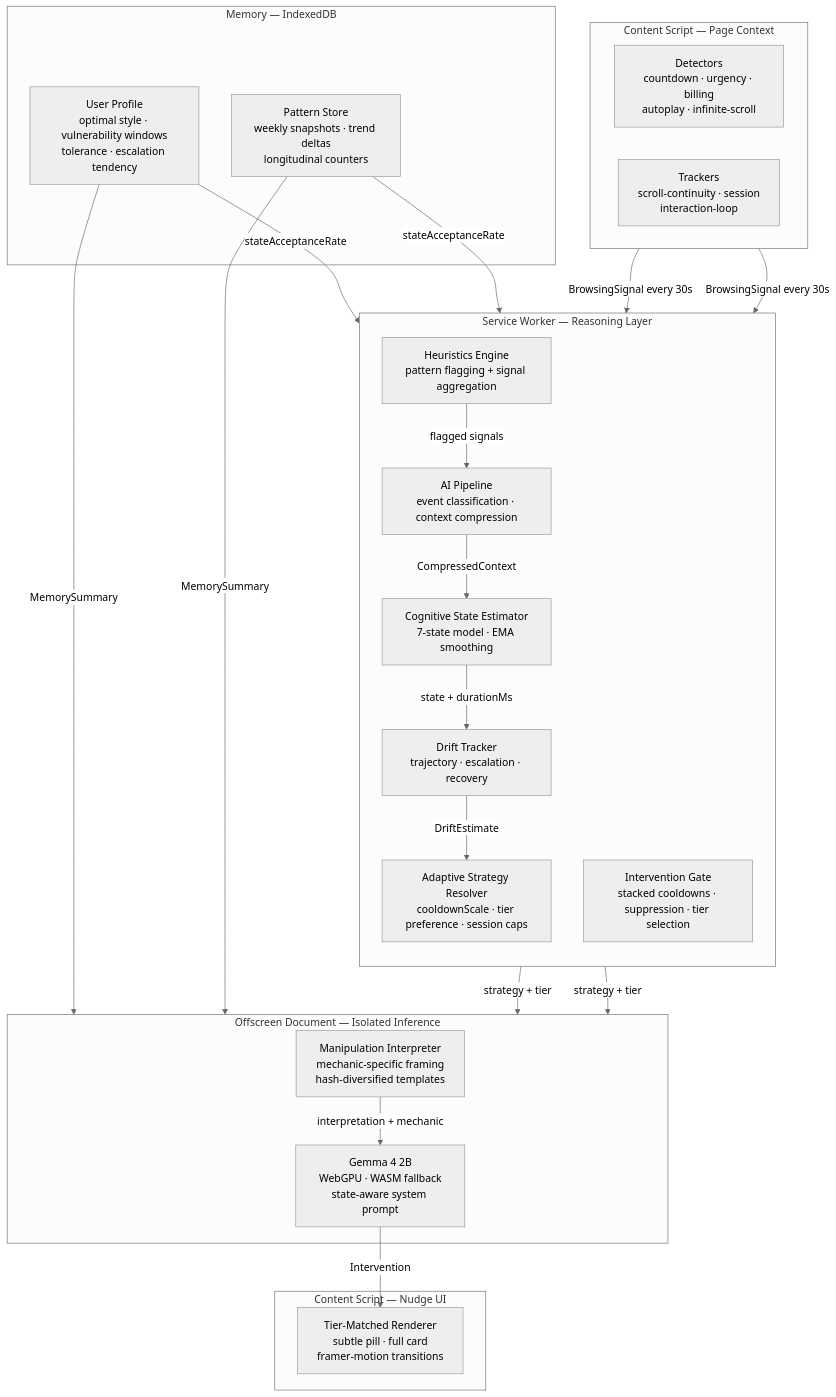
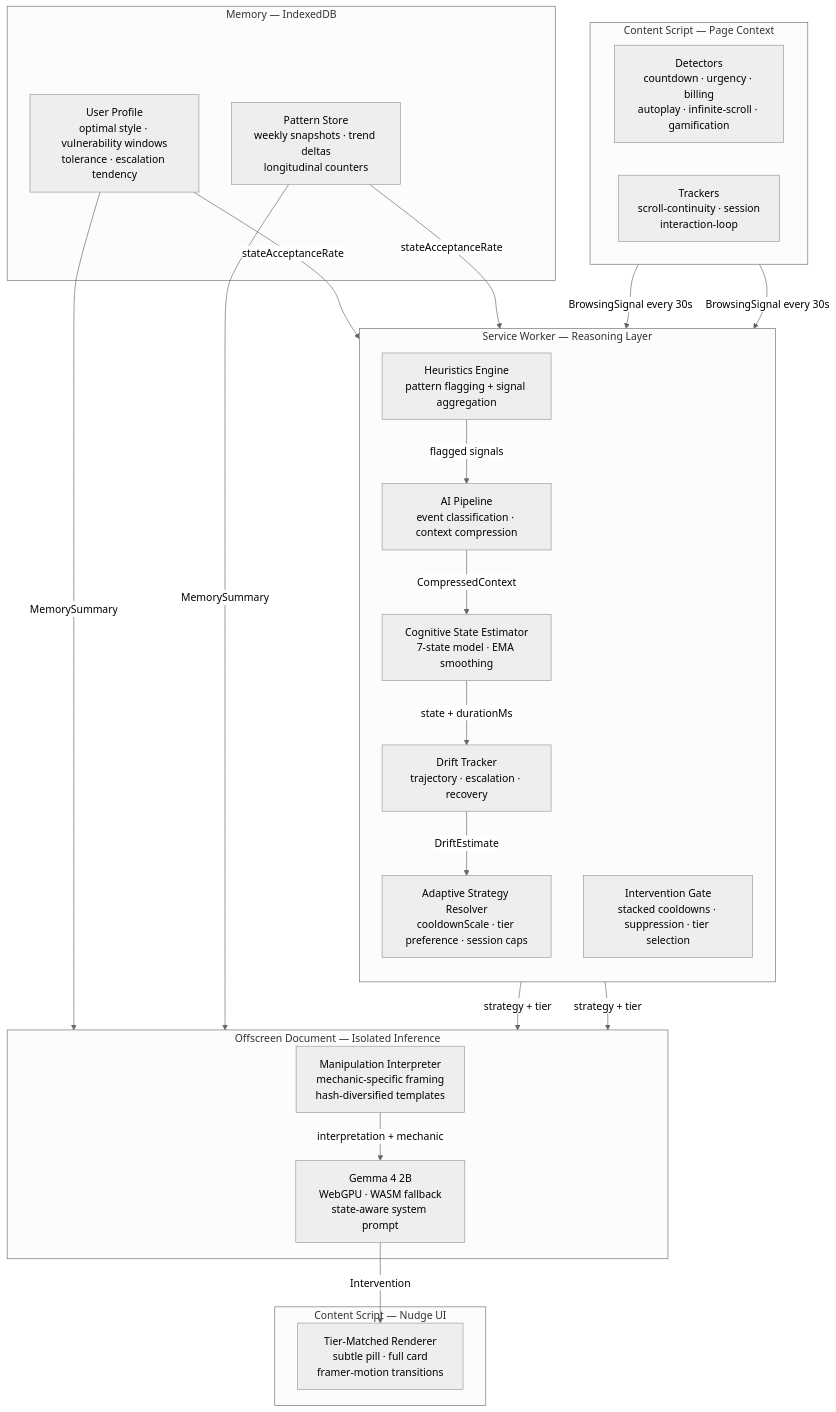
The first of 2 diagrams in README.md (shaw029/angel), drawn with Mermaid (neutral theme) before and after one commit. The commit also changed other lines of this file and 1 other file, not shown here.

````diff
--- a/README.md
+++ b/README.md
@@ -80,43 +80,43 @@
 ```mermaid
 flowchart TB
     subgraph page ["Content Script — Page Context"]
         direction LR
-        DET["Detectors\ncountdown · urgency · billing\nautoplay · infinite-scroll"]
+        DET["Detectors\ncountdown · urgency · billing\nautoplay · infinite-scroll · gamification"]
         TRK["Trackers\nscroll-continuity · session\ninteraction-loop"]
     end
 
     subgraph sw ["Service Worker — Reasoning Layer"]
         direction TB
         HEU["Heuristics Engine\npattern flagging + signal aggregation"]
         PIPE["AI Pipeline\nevent classification · context compression"]
         COG["Cognitive State Estimator\n7-state model · EMA smoothing"]
         DRF["Drift Tracker\ntrajectory · escalation · recovery"]
         STR["Adaptive Strategy Resolver\ncooldownScale · tier preference · session caps"]
         GATE["Intervention Gate\nstacked cooldowns · suppression · tier selection"]
     end
 
     subgraph mem ["Memory — IndexedDB"]
         PROF["User Profile\noptimal style · vulnerability windows\ntolerance · escalation tendency"]
         PAT["Pattern Store\nweekly snapshots · trend deltas\nlongitudinal counters"]
     end
 
     subgraph off ["Offscreen Document — Isolated Inference"]
         INTERP["Manipulation Interpreter\nmechanic-specific framing\nhash-diversified templates"]
         GEMMA["Gemma 4 2B\nWebGPU · WASM fallback\nstate-aware system prompt"]
     end
 
     subgraph nudge ["Content Script — Nudge UI"]
         UI["Tier-Matched Renderer\nsubtle pill · full card\nframer-motion transitions"]
     end
 
     DET & TRK -->|BrowsingSignal every 30s| HEU
     HEU -->|flagged signals| PIPE
     PIPE -->|CompressedContext| COG
     COG -->|state + durationMs| DRF
     DRF -->|DriftEstimate| STR
     STR & GATE -->|strategy + tier| off
     PROF & PAT -->|MemorySummary| off
     PROF & PAT -->|stateAcceptanceRate| sw
     INTERP -->|interpretation + mechanic| GEMMA
     GEMMA -->|Intervention| UI
 ```
````
